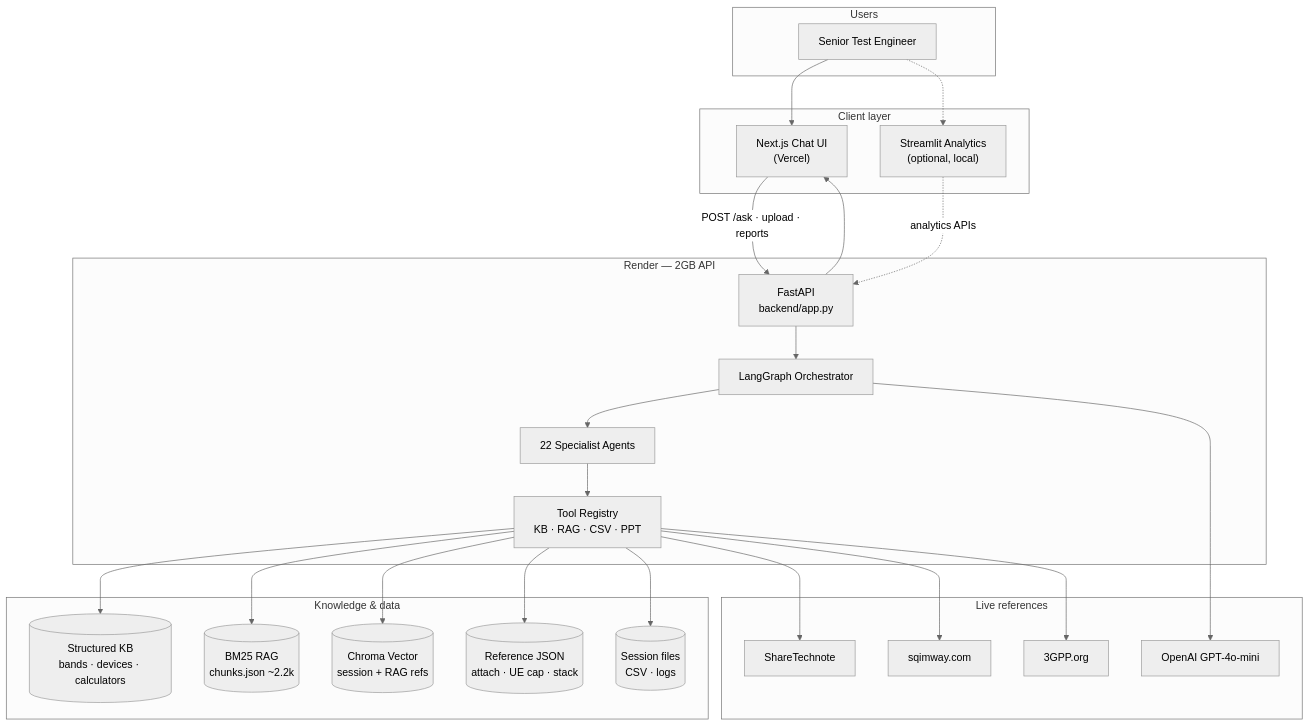
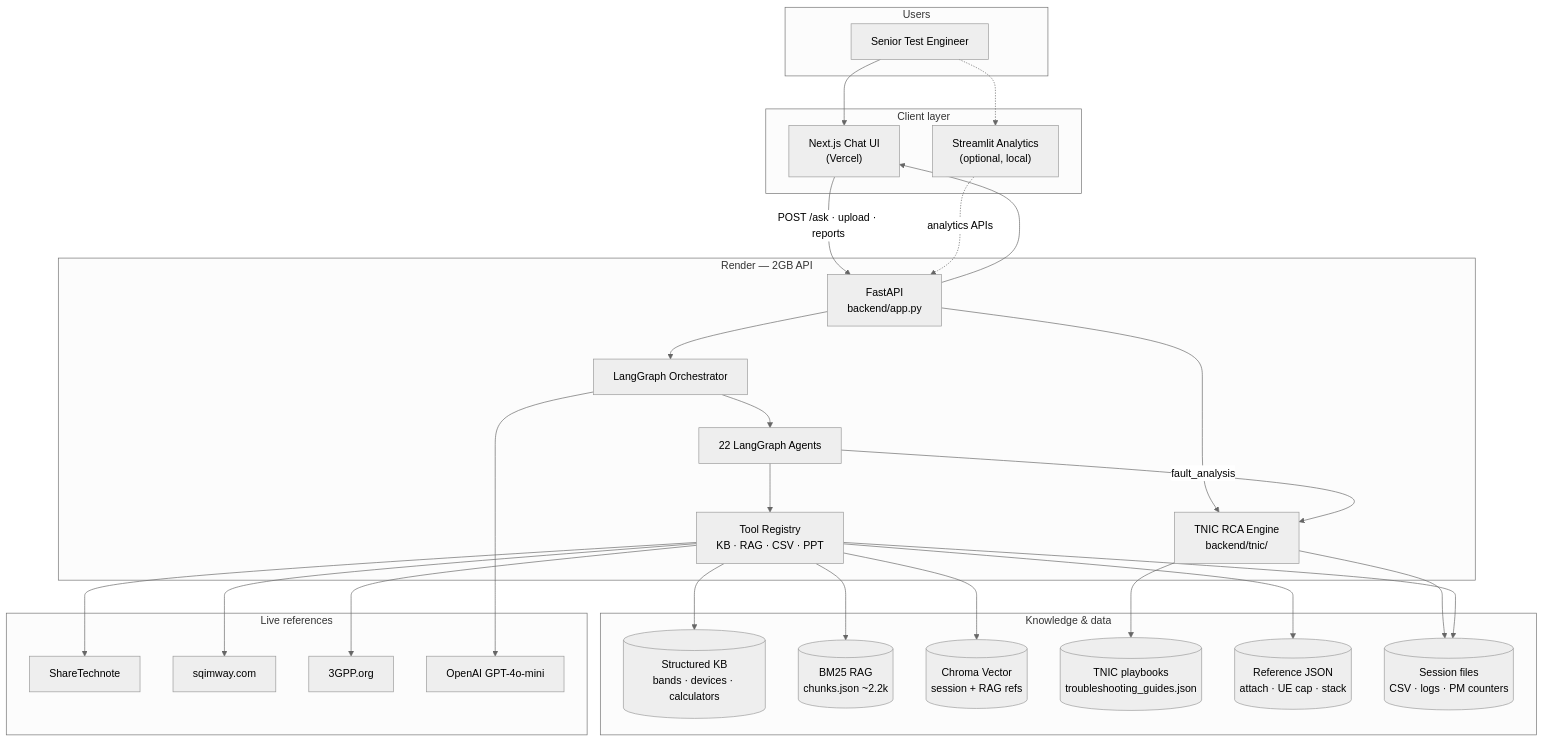
Before and after one commit to aqil2020in/telecomgpt: the first of 7 diagrams in docs/ARCHITECTURE.md, drawn with Mermaid (neutral theme). The commit also changed other lines of this file, not shown here.

First line of the commit message:
Document TNIC RCA layer in ARCHITECTURE.md

````diff
--- a/docs/ARCHITECTURE.md
+++ b/docs/ARCHITECTURE.md
@@ -11,51 +11,57 @@
 ```mermaid
 flowchart TB
     subgraph Users["Users"]
         TE[Senior Test Engineer]
     end
 
     subgraph Client["Client layer"]
         Next["Next.js Chat UI\n(Vercel)"]
         ST["Streamlit Analytics\n(optional, local)"]
     end
 
     subgraph Render["Render — 2GB API"]
         API["FastAPI\nbackend/app.py"]
         LG["LangGraph Orchestrator"]
+        TNIC["TNIC RCA Engine\nbackend/tnic/"]
         Tools["Tool Registry\nKB · RAG · CSV · PPT"]
-        Agents["22 Specialist Agents"]
+        Agents["22 LangGraph Agents"]
     end
 
     subgraph Knowledge["Knowledge & data"]
         KB[("Structured KB\nbands · devices · calculators")]
         Chunks[("BM25 RAG\nchunks.json ~2.2k")]
         Chroma[("Chroma Vector\nsession + RAG refs")]
+        TNIC_KB[("TNIC playbooks\ntroubleshooting_guides.json")]
         Refs[("Reference JSON\nattach · UE cap · stack")]
-        Session[("Session files\nCSV · logs")]
+        Session[("Session files\nCSV · logs · PM counters")]
     end
 
     subgraph External["Live references"]
         STweb["ShareTechnote"]
         SQ["sqimway.com"]
         GPP["3GPP.org"]
         OAI["OpenAI GPT-4o-mini"]
     end
 
     TE --> Next
     TE -.-> ST
     Next -->|POST /ask · upload · reports| API
     ST -.->|analytics APIs| API
     API --> LG
+    API --> TNIC
     LG --> Agents
+    Agents -->|fault_analysis| TNIC
     Agents --> Tools
+    TNIC --> TNIC_KB
+    TNIC --> Session
     Tools --> KB
     Tools --> Chunks
     Tools --> Chroma
     Tools --> Refs
     Tools --> Session
     Tools --> STweb
     Tools --> SQ
     Tools --> GPP
     LG --> OAI
     API --> Next
 ```
````
